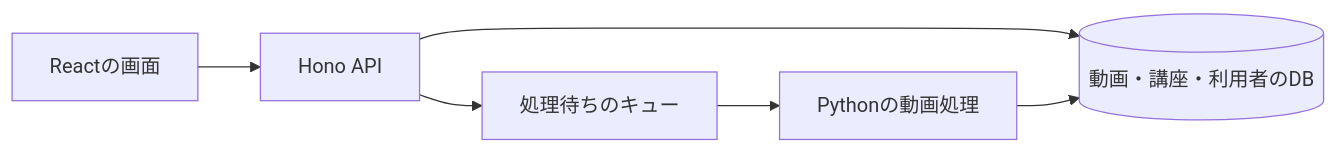
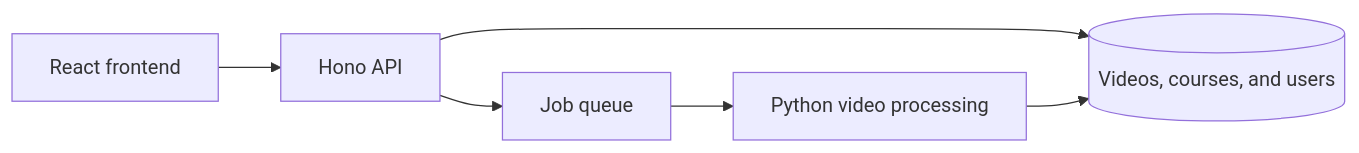
Before and after one commit to yukiharada1228/videoq: the first of 2 diagrams in docs/architecture/system-configuration-diagram.md, drawn with Mermaid. The commit also changed other lines of this file and 79 other files, not shown here.

````diff
--- a/docs/architecture/system-configuration-diagram.md
+++ b/docs/architecture/system-configuration-diagram.md
@@ -10,8 +10,8 @@
 ```mermaid
 flowchart LR
-    Browser[Reactの画面] --> API[Hono API]
-    API --> DB[(動画・講座・利用者のDB)]
-    API --> Queue[処理待ちのキュー]
-    Queue --> Worker[Pythonの動画処理]
+    Browser[React frontend] --> API[Hono API]
+    API --> DB[(Videos, courses, and users)]
+    API --> Queue[Job queue]
+    Queue --> Worker[Python video processing]
     Worker --> DB
 ```
````
